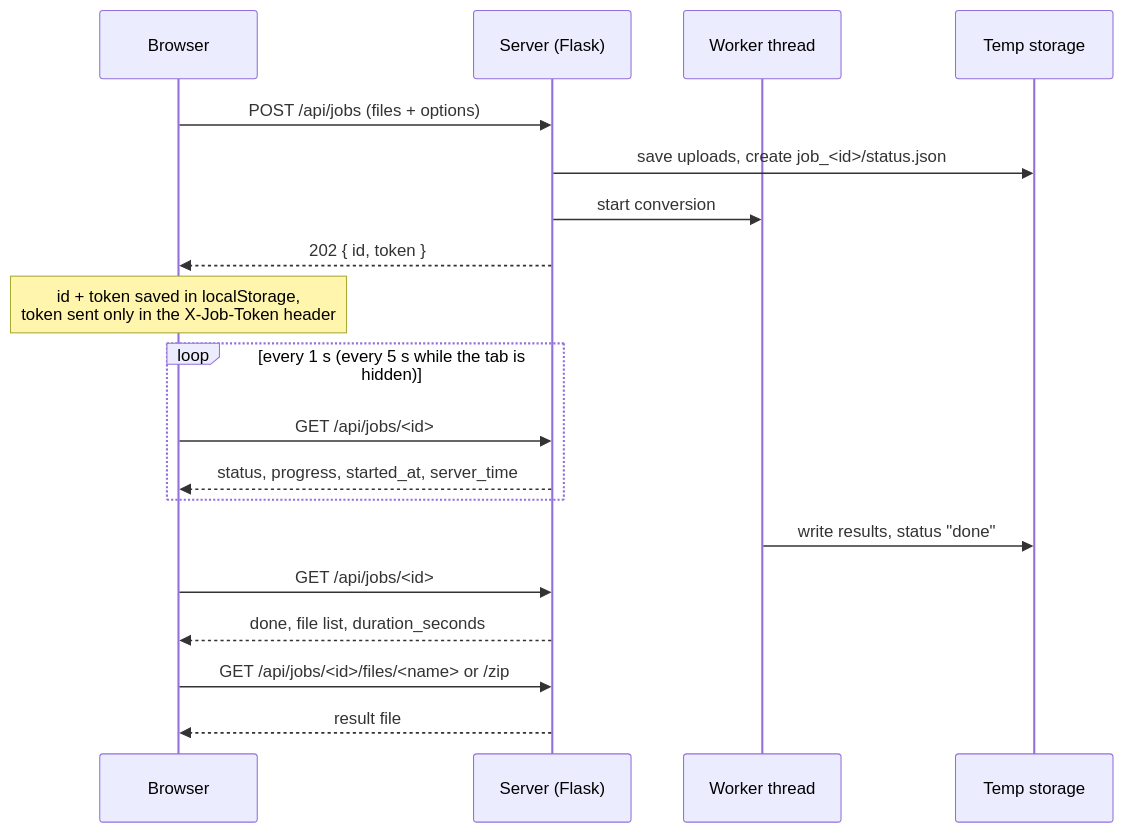
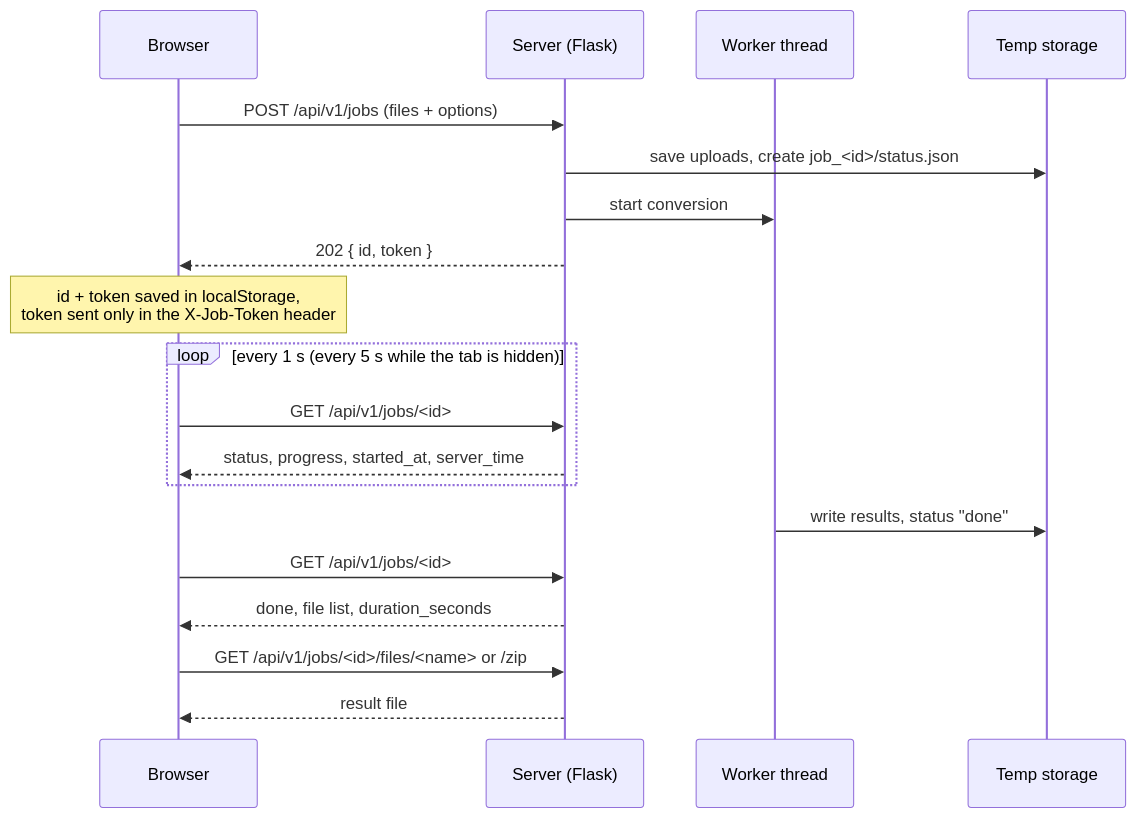
One commit to karimz1/imgcompress changed the second of 3 diagrams in docs/architecture.md. Above: the diagram before and after it, drawn with Mermaid. The commit also changed other lines of this file and 7 other files, not shown here.

````diff
--- a/docs/architecture.md
+++ b/docs/architecture.md
@@ -41,22 +41,22 @@
 ```mermaid
 sequenceDiagram
     participant B as Browser
     participant S as Server (Flask)
     participant W as Worker thread
     participant D as Temp storage
 
-    B->>S: POST /api/jobs (files + options)
+    B->>S: POST /api/v1/jobs (files + options)
     S->>D: save uploads, create job_<id>/status.json
     S->>W: start conversion
     S-->>B: 202 { id, token }
     Note over B: id + token saved in localStorage,<br/>token sent only in the X-Job-Token header
     loop every 1 s (every 5 s while the tab is hidden)
-        B->>S: GET /api/jobs/<id>
+        B->>S: GET /api/v1/jobs/<id>
         S-->>B: status, progress, started_at, server_time
     end
     W->>D: write results, status "done"
-    B->>S: GET /api/jobs/<id>
+    B->>S: GET /api/v1/jobs/<id>
     S-->>B: done, file list, duration_seconds
-    B->>S: GET /api/jobs/<id>/files/<name> or /zip
+    B->>S: GET /api/v1/jobs/<id>/files/<name> or /zip
     S-->>B: result file
 ```
````
